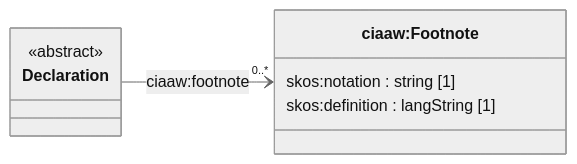
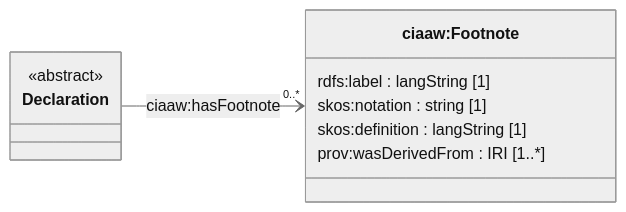
Before and after one commit to HendrikBorgelt/Draft_for_IUPAC_CIAAW-Isotopic-Abundances-and-Atomic-Weights: the ninth of 9 diagrams in model/diagrams.md, drawn with Mermaid (neutral theme). The commit also changed other lines of this file and 51 other files, not shown here.

````diff
--- a/model/diagrams.md
+++ b/model/diagrams.md
@@ -192,12 +222,14 @@
 ```mermaid
 classDiagram
     direction LR
     class Declaration["Declaration"] {
         <<abstract>>
     }
     class Footnote["ciaaw:Footnote"] {
+        rdfs:label : langString [1]
         skos:notation : string [1]
         skos:definition : langString [1]
+        prov:wasDerivedFrom : IRI [1..*]
     }
-    Declaration --> "0..*" Footnote : ciaaw#58;footnote
+    Declaration --> "0..*" Footnote : ciaaw#58;hasFootnote
 ```
````
